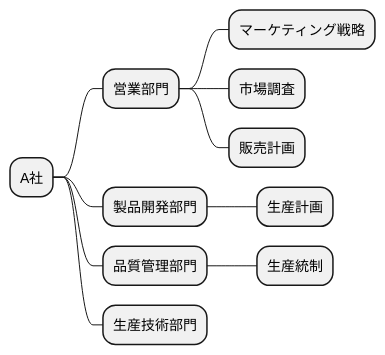
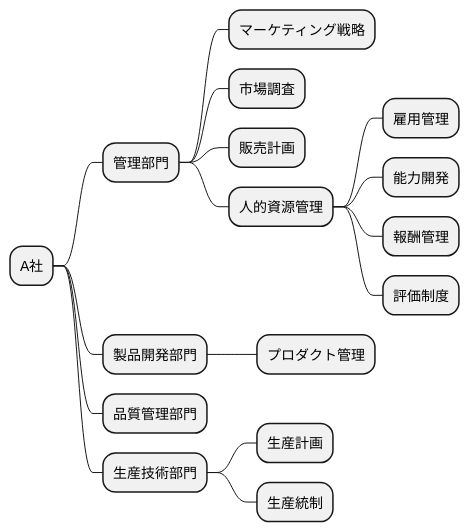
One commit to k2works/case-sutudy-business-analysis changed diagram 14 of 19 in docs/case/h30_case_1.adoc. Above: the diagram before and after it, drawn with PlantUML. The commit also changed other lines of this file, not shown here.

```diff
--- a/docs/case/h30_case_1.adoc
+++ b/docs/case/h30_case_1.adoc
@@ -522,17 +538,23 @@
 [plantuml]
 ----
 @startmindmap
 
 * A社
-** 営業部門
+** 管理部門
 *** マーケティング戦略
 *** 市場調査
 *** 販売計画
+*** 人的資源管理
+**** 雇用管理
+**** 能力開発
+**** 報酬管理
+**** 評価制度
 ** 製品開発部門
+*** プロダクト管理
+** 品質管理部門
+** 生産技術部門
 *** 生産計画
-** 品質管理部門
 *** 生産統制
-** 生産技術部門
 
 @endmindmap
 ----
```
